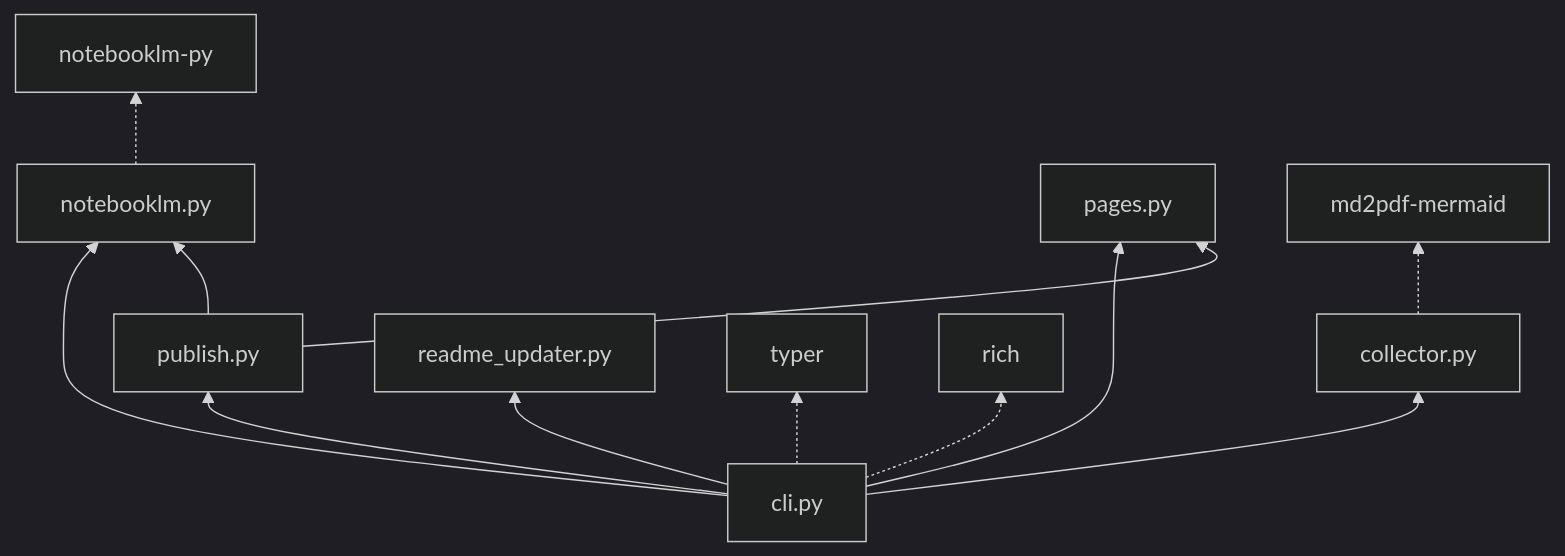
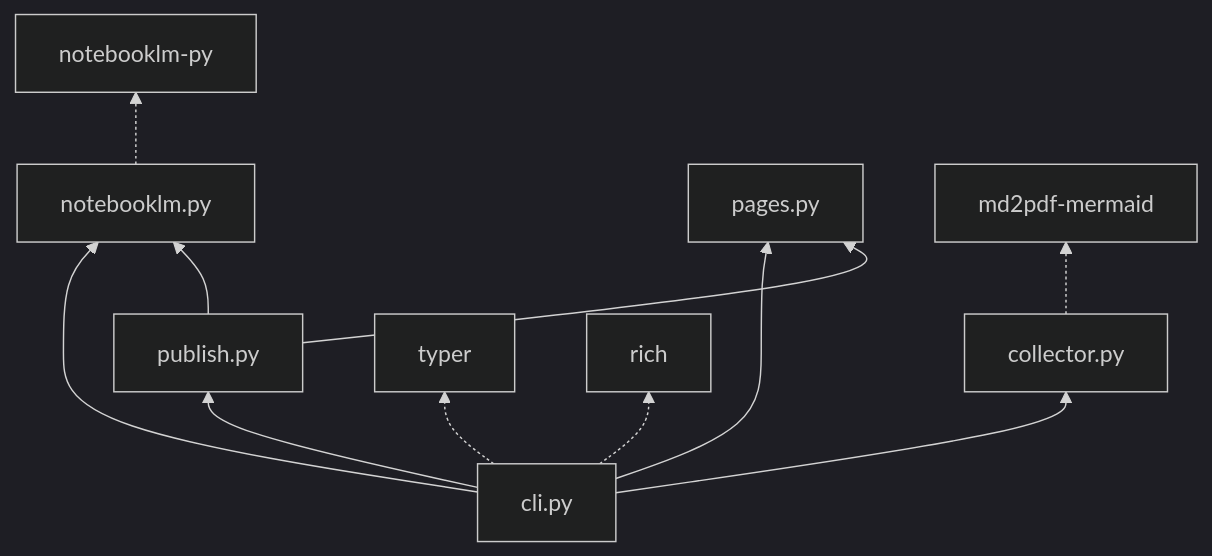
Before and after one commit to NetDevAutomate/notebooklm-repo-artefacts: the seventh of 7 diagrams in docs/codemap.md, drawn with Mermaid (dark theme). The commit also changed other lines of this file and 29 other files, not shown here.

First line of the commit message:
refactor: code review remediation — 34 findings across security, packaging, docs, architecture

````diff
--- a/docs/codemap.md
+++ b/docs/codemap.md
@@ -219,15 +211,14 @@
 ```mermaid
 graph BT
     CLI[cli.py] --> COL[collector.py]
     CLI --> NLM[notebooklm.py]
     CLI --> PG[pages.py]
     CLI --> PUB[publish.py]
-    CLI --> RU[readme_updater.py]
     PUB --> NLM
     PUB --> PG
 
     NLM -.-> NLMPY[notebooklm-py]
     COL -.-> MD2PDF[md2pdf-mermaid]
     CLI -.-> TYPER[typer]
     CLI -.-> RICH[rich]
 ```
````
